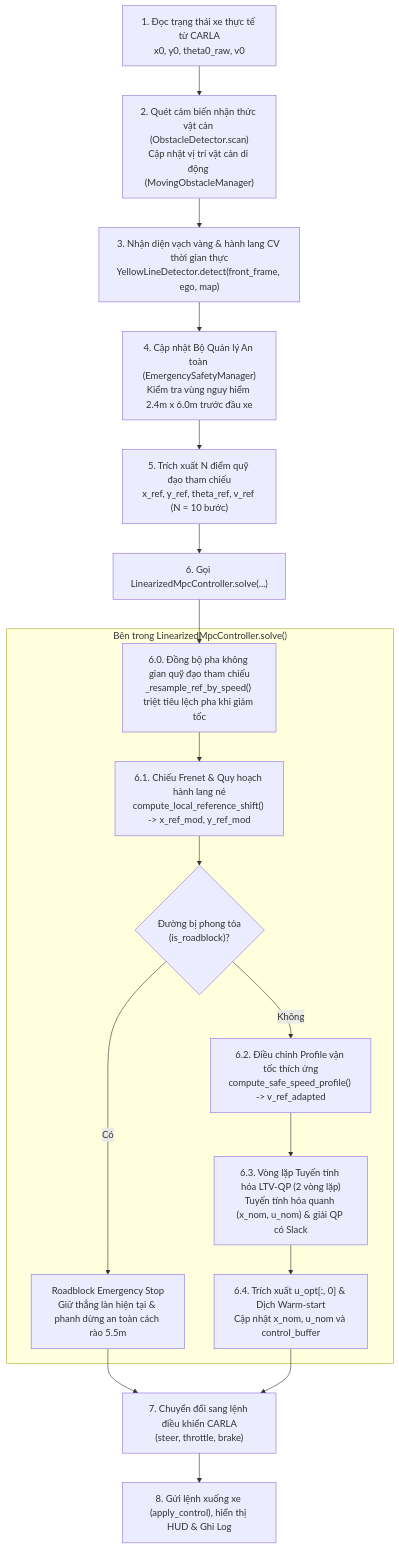
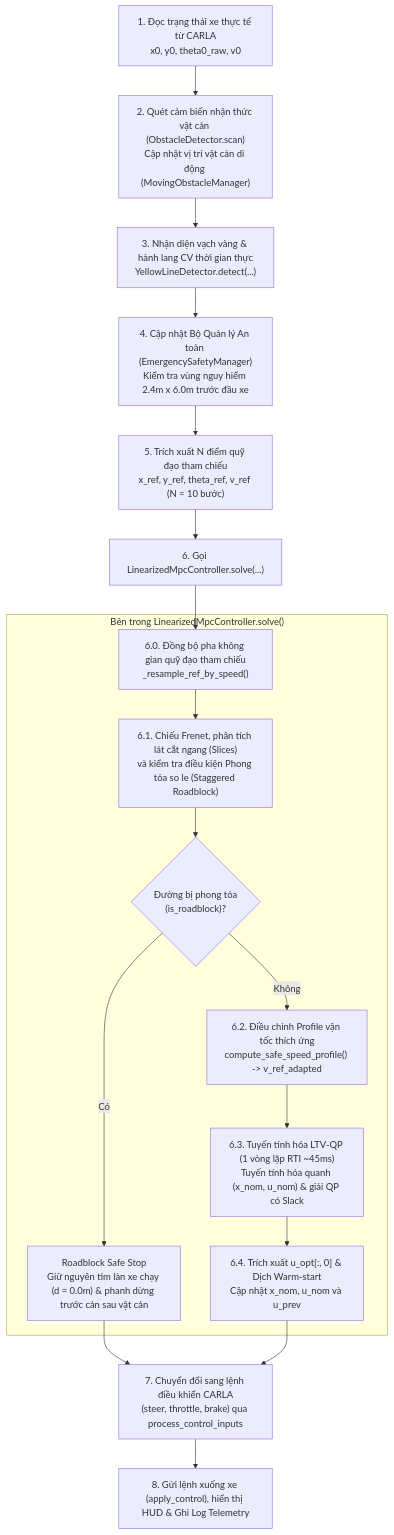
The diagram in TAI_LIEU_CHI_TIET_HE_THONG_LMPC.md (vinhle275/Carla-Autonomous-MPC), drawn with Mermaid before and after one commit. The commit also changed other lines of this file and 6 other files, not shown here.

````diff
--- a/TAI_LIEU_CHI_TIET_HE_THONG_LMPC.md
+++ b/TAI_LIEU_CHI_TIET_HE_THONG_LMPC.md
@@ -46,30 +46,30 @@
 ```mermaid
 flowchart TD
     A["1. Đọc trạng thái xe thực tế từ CARLA<br/>x0, y0, theta0_raw, v0"] --> B["2. Quét cảm biến nhận thức vật cản (ObstacleDetector.scan)<br/>Cập nhật vị trí vật cản di động (MovingObstacleManager)"]
-    B --> C["3. Nhận diện vạch vàng & hành lang CV thời gian thực<br/>YellowLineDetector.detect(front_frame, ego, map)"]
+    B --> C["3. Nhận diện vạch vàng & hành lang CV thời gian thực<br/>YellowLineDetector.detect(...)"]
     C --> D["4. Cập nhật Bộ Quản lý An toàn (EmergencySafetyManager)<br/>Kiểm tra vùng nguy hiểm 2.4m x 6.0m trước đầu xe"]
     D --> E["5. Trích xuất N điểm quỹ đạo tham chiếu<br/>x_ref, y_ref, theta_ref, v_ref (N = 10 bước)"]
     E --> F["6. Gọi LinearizedMpcController.solve(...)"]
     
     subgraph LMPC ["Bên trong LinearizedMpcController.solve()"]
-        F0["6.0. Đồng bộ pha không gian quỹ đạo tham chiếu<br/>_resample_ref_by_speed() triệt tiêu lệch pha khi giảm tốc"]
-        F1["6.1. Chiếu Frenet & Quy hoạch hành lang né<br/>compute_local_reference_shift() -> x_ref_mod, y_ref_mod"]
+        F0["6.0. Đồng bộ pha không gian quỹ đạo tham chiếu<br/>_resample_ref_by_speed()"]
+        F1["6.1. Chiếu Frenet, phân tích lát cắt ngang (Slices)<br/>và kiểm tra điều kiện Phong tỏa so le (Staggered Roadblock)"]
         F2{"Đường bị phong tỏa<br/>(is_roadblock)?"}
-        F3["Roadblock Emergency Stop<br/>Giữ thẳng làn hiện tại & phanh dừng an toàn cách rào 5.5m"]
+        F3["Roadblock Safe Stop<br/>Giữ nguyên tim làn xe chạy (d = 0.0m) & phanh dừng trước cản sau vật cản"]
         F4["6.2. Điều chỉnh Profile vận tốc thích ứng<br/>compute_safe_speed_profile() -> v_ref_adapted"]
-        F5["6.3. Vòng lặp Tuyến tính hóa LTV-QP (2 vòng lặp)<br/>Tuyến tính hóa quanh (x_nom, u_nom) & giải QP có Slack"]
-        F6["6.4. Trích xuất u_opt[:, 0] & Dịch Warm-start<br/>Cập nhật x_nom, u_nom và control_buffer"]
+        F5["6.3. Tuyến tính hóa LTV-QP (1 vòng lặp RTI ~45ms)<br/>Tuyến tính hóa quanh (x_nom, u_nom) & giải QP có Slack"]
+        F6["6.4. Trích xuất u_opt[:, 0] & Dịch Warm-start<br/>Cập nhật x_nom, u_nom và u_prev"]
         
         F0 --> F1
         F1 --> F2
         F2 -- "Có" --> F3
         F2 -- "Không" --> F4
         F4 --> F5
         F5 --> F6
     end
     
     F --> F0
-    F3 --> G["7. Chuyển đổi sang lệnh điều khiển CARLA<br/>(steer, throttle, brake)"]
+    F3 --> G["7. Chuyển đổi sang lệnh điều khiển CARLA<br/>(steer, throttle, brake) qua process_control_inputs"]
     F6 --> G
-    G --> H["8. Gửi lệnh xuống xe (apply_control), hiển thị HUD & Ghi Log"]
+    G --> H["8. Gửi lệnh xuống xe (apply_control), hiển thị HUD & Ghi Log Telemetry"]
 ```
````
